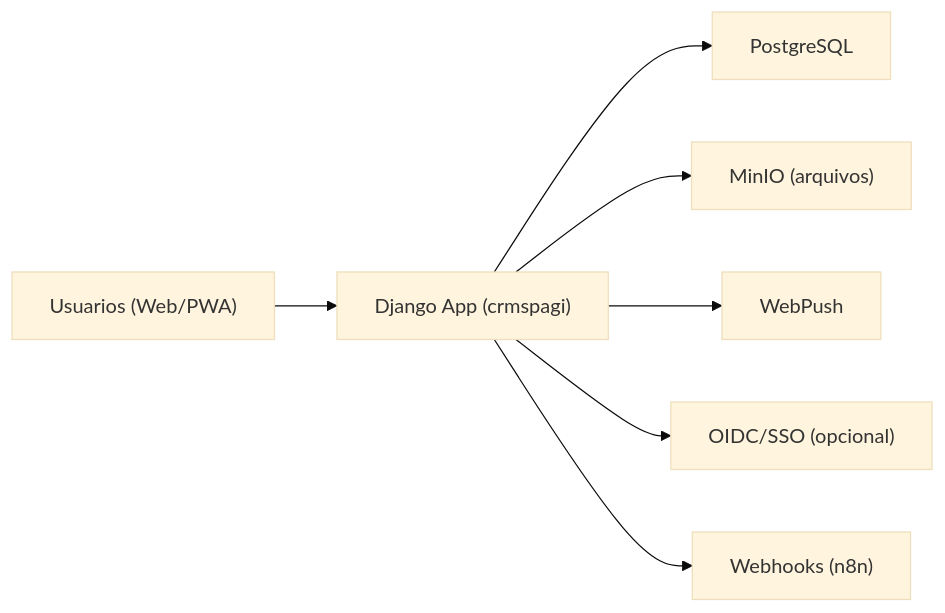
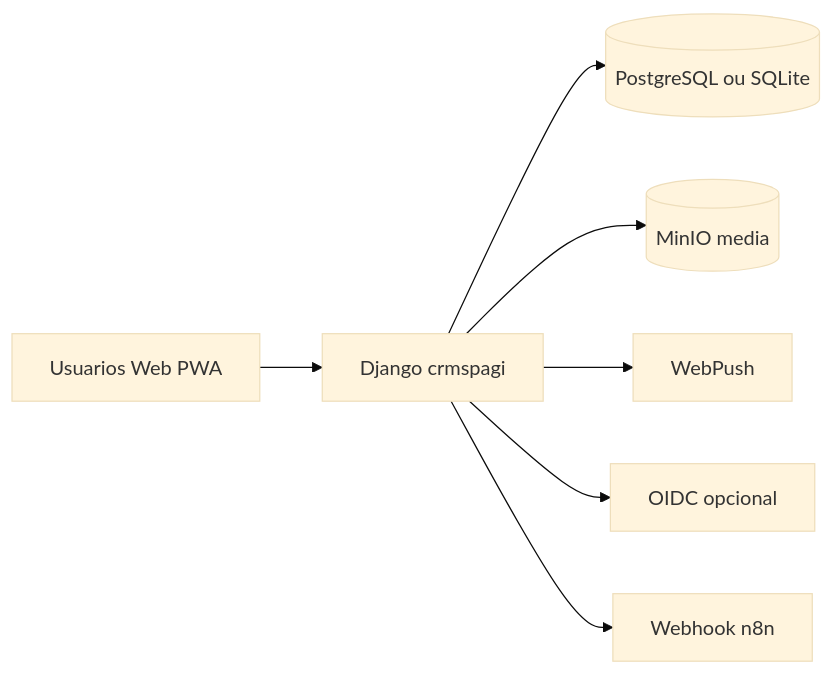
The first of 7 diagrams in docs/11-diagramas.md (brunospagi/Gerenciador-Leads), drawn with Mermaid (base theme) before and after one commit. The commit also changed other lines of this file and 13 other files, not shown here.

Commit message:
Atualiza documentacao tecnica, diagramas e resumo executivo

````diff
--- a/docs/11-diagramas.md
+++ b/docs/11-diagramas.md
@@ -5,9 +5,9 @@
 ```mermaid
 flowchart LR
-    U["Usuarios (Web/PWA)"] --> DJ["Django App (crmspagi)"]
-    DJ --> DB["PostgreSQL"]
-    DJ --> S3["MinIO (arquivos)"]
-    DJ --> WP["WebPush"]
-    DJ --> OIDC["OIDC/SSO (opcional)"]
-    DJ --> N8N["Webhooks (n8n)"]
+    U[Usuarios Web PWA] --> DJ[Django crmspagi]
+    DJ --> DB[(PostgreSQL ou SQLite)]
+    DJ --> S3[(MinIO media)]
+    DJ --> WS[WebPush]
+    DJ --> OIDC[OIDC opcional]
+    DJ --> N8N[Webhook n8n]
 ```
````
